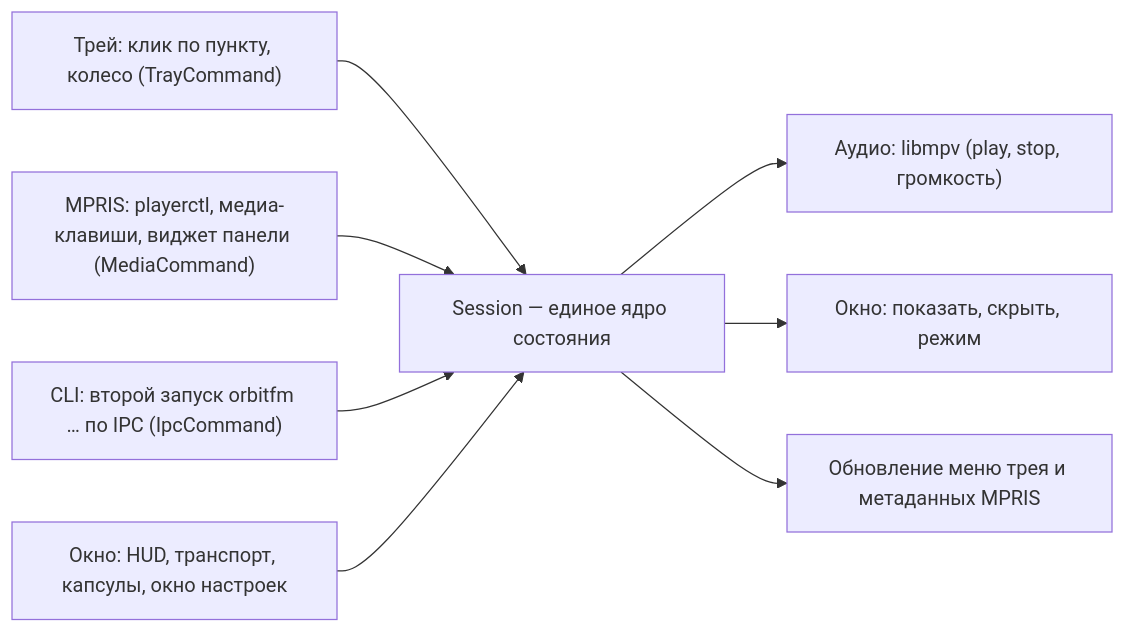
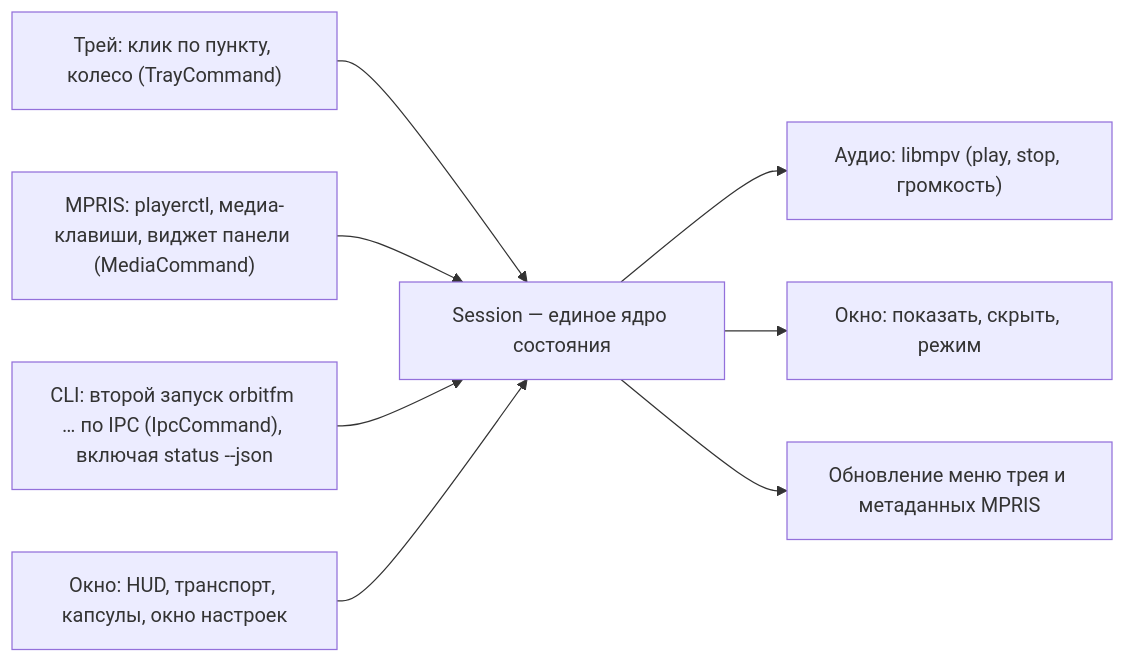
The diagram in docs/wiki/07-Трей-и-MPRIS.md (ModernByte/orbitfm), drawn with Mermaid before and after one commit. The commit also changed other lines of this file and 37 other files, not shown here.

````diff
--- a/docs/wiki/07-Трей-и-MPRIS.md
+++ b/docs/wiki/07-Трей-и-MPRIS.md
@@ -136,10 +157,10 @@
 ```mermaid
 flowchart LR
     T["Трей: клик по пункту, колесо (TrayCommand)"] --> S
     M["MPRIS: playerctl, медиа-клавиши, виджет панели (MediaCommand)"] --> S
-    C["CLI: второй запуск orbitfm … по IPC (IpcCommand)"] --> S
+    C["CLI: второй запуск orbitfm … по IPC (IpcCommand), включая status --json"] --> S
     U["Окно: HUD, транспорт, капсулы, окно настроек"] --> S
     S["Session — единое ядро состояния"] --> A["Аудио: libmpv (play, stop, громкость)"]
     S --> W["Окно: показать, скрыть, режим"]
     S --> R["Обновление меню трея и метаданных MPRIS"]
 ```
````
